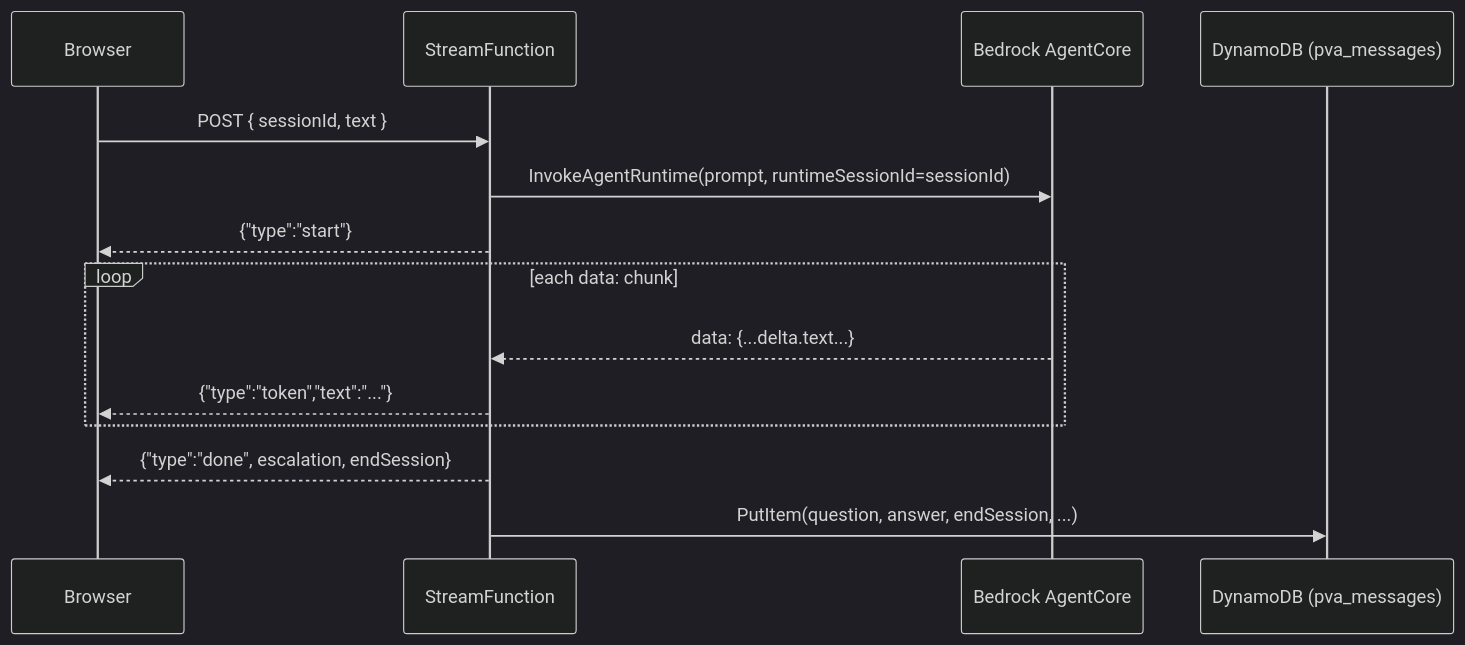
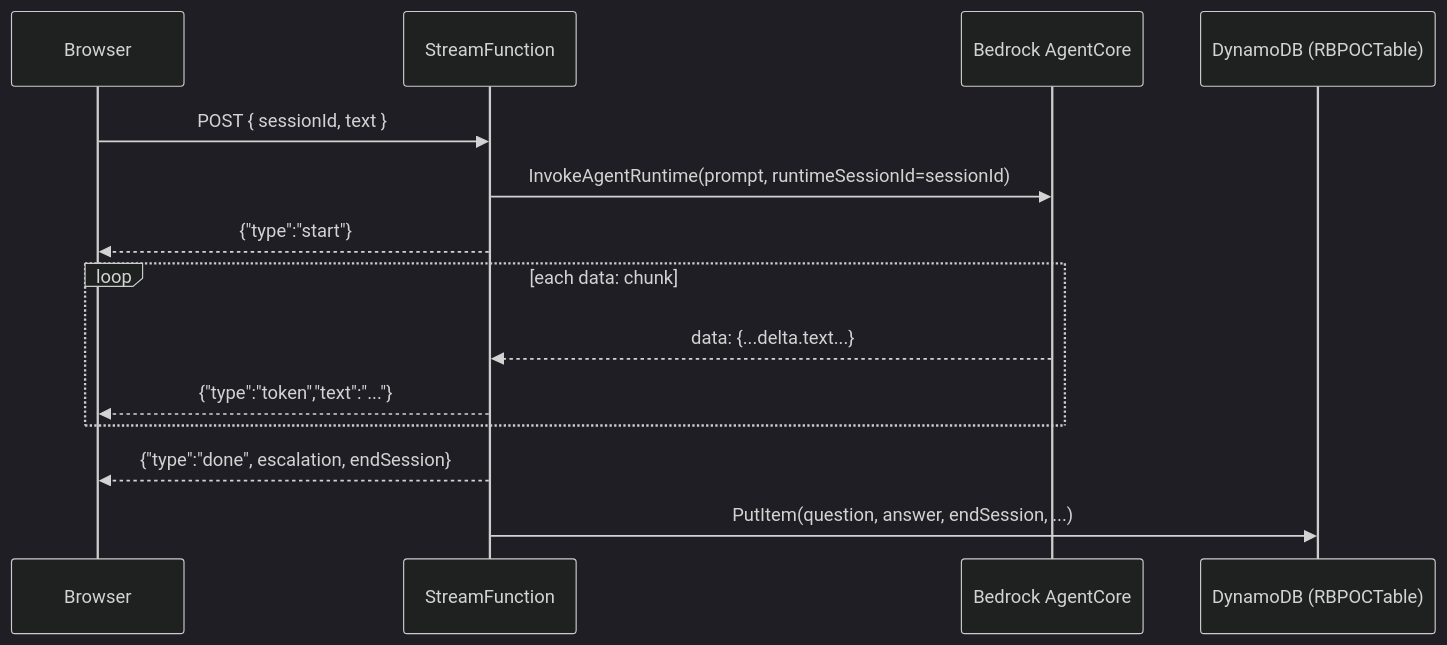
The diagram in personal-web-backend/docs/ARCHITECTURE.md (sushilkumar1992/NewChat), drawn with Mermaid (dark theme) before and after one commit. The commit also changed other lines of this file and 13 other files, not shown here.

````diff
--- a/personal-web-backend/docs/ARCHITECTURE.md
+++ b/personal-web-backend/docs/ARCHITECTURE.md
@@ -160,17 +159,17 @@
 ```mermaid
 sequenceDiagram
     participant B as Browser
     participant S as StreamFunction
     participant A as Bedrock AgentCore
-    participant D as DynamoDB (pva_messages)
+    participant D as DynamoDB (RBPOCTable)
 
     B->>S: POST { sessionId, text }
     S->>A: InvokeAgentRuntime(prompt, runtimeSessionId=sessionId)
     S-->>B: {"type":"start"}
     loop each data: chunk
         A-->>S: data: {...delta.text...}
         S-->>B: {"type":"token","text":"..."}
     end
     S-->>B: {"type":"done", escalation, endSession}
     S->>D: PutItem(question, answer, endSession, ...)
 ```
````
